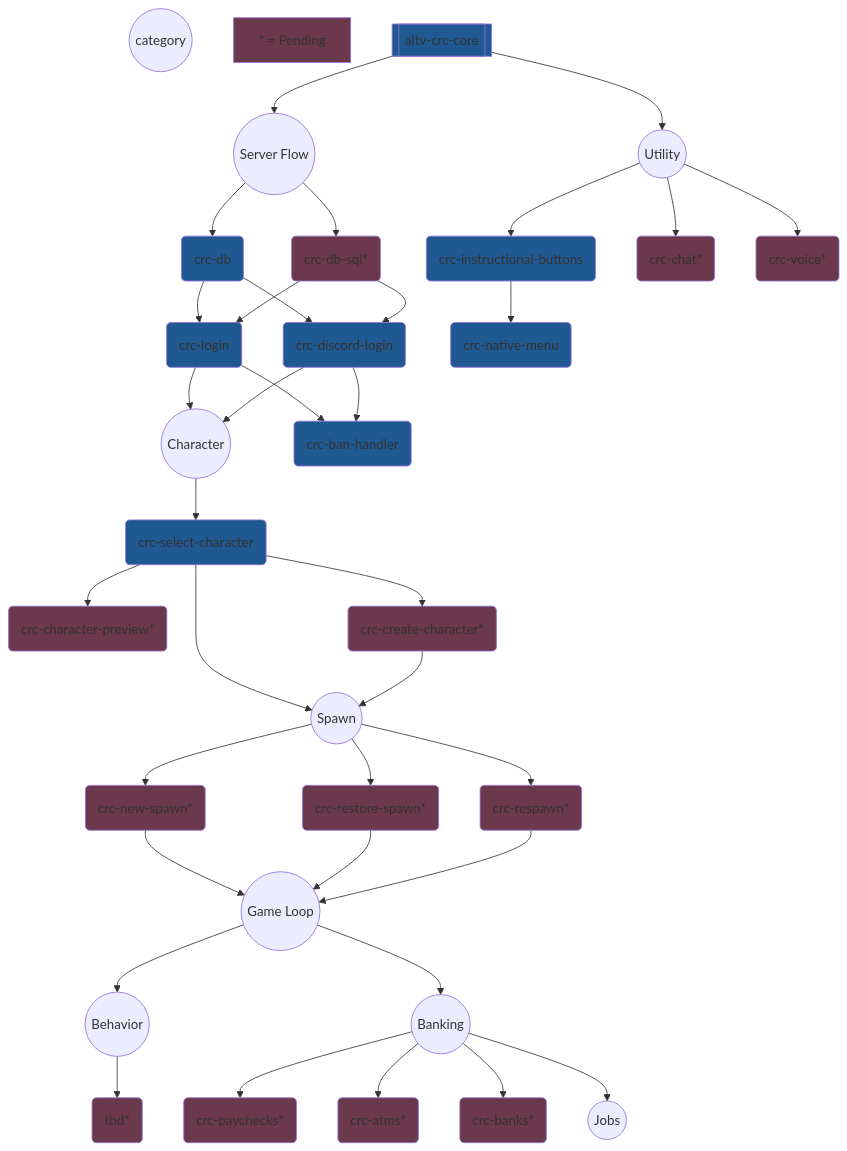
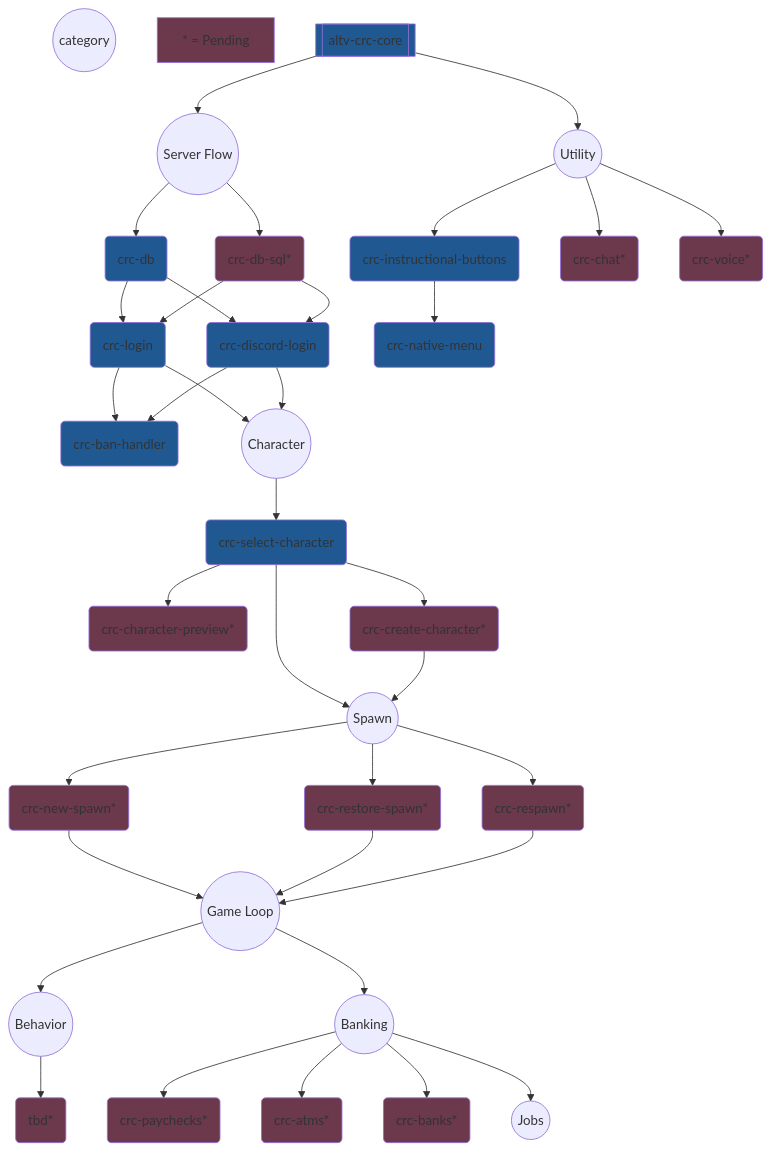
One commit to altv-crc/.github changed the diagram in profile/README.md. Above: the diagram before and after it, drawn with Mermaid.

````diff
--- a/profile/README.md
+++ b/profile/README.md
@@ -43,80 +43,81 @@
 ```mermaid
 graph TD
     classDef pending fill:#6b384c
     classDef ready fill:#205991
 
     category((category))
     not_created[* = Pending]:::pending
 
     %% Initial Category
     altv_crc_core[[altv-crc-core]]:::ready
     altv_crc_core --> cat_core
     altv_crc_core --> cat_utility
 
     %% Core
     cat_core((Server Flow))
     cat_core --> crc_db:::ready
     cat_core --> crc_db_sql
 
     %% Database
     crc_db(crc-db):::ready
     crc_db --> crc_login
     crc_db --> crc_discord_login
     crc_db_sql(crc-db-sql*):::pending
     crc_db_sql --> crc_login
     crc_db_sql --> crc_discord_login
 
     %% Authentication
     crc_login(crc-login):::ready
     crc_discord_login(crc-discord-login):::ready
+    crc_login --> crc_ban_handler(crc-ban-handler):::ready
+    crc_discord_login --> crc_ban_handler
     crc_login --> cat_character
     crc_discord_login --> cat_character
-    crc_login --> crc_ban_handler(crc-ban-handler):::ready
-    crc_discord_login --> crc_ban_handler
+    
 
     %% Character
     cat_character((Character))
     cat_character --> crc_char_select(crc-select-character):::ready
     crc_char_select --> crc_char_preview(crc-character-preview*):::pending
     crc_char_select --> crc_char_create(crc-create-character*):::pending
     crc_char_select --> cat_spawn
     crc_char_create --> cat_spawn
 
     %% Spawn
     cat_spawn((Spawn))
     cat_spawn --> crc_new_spawn(crc-new-spawn*):::pending
     cat_spawn --> crc_restore_spawn(crc-restore-spawn*):::pending
     cat_spawn --> crc_respawn(crc-respawn*):::pending
     crc_new_spawn --> cat_game_loop
     crc_restore_spawn --> cat_game_loop
     crc_respawn --> cat_game_loop
 
     %% Game Loop
     cat_game_loop((Game Loop))
     cat_game_loop --> cat_behavior
     cat_game_loop --> cat_banking
    
     %% Behavior
     cat_behavior((Behavior))
     cat_behavior --> tbd(tbd*):::pending
 
     %% Banking
     cat_banking((Banking))
     cat_banking --> crc_paychecks(crc-paychecks*):::pending
     cat_banking --> crc_atm(crc-atms*):::pending
     cat_banking --> crc_banks(crc-banks*):::pending
     cat_banking --> cat_jobs
 
     %% Jobs
     cat_jobs((Jobs))
 
     %% Utility
     cat_utility((Utility))
 
     cat_utility --> crc_instructional_buttons(crc-instructional-buttons):::ready
     crc_instructional_buttons --> crc_native_menu(crc-native-menu):::ready
 
     cat_utility --> crc_chat(crc-chat*):::pending
 
     cat_utility --> crc_voice(crc-voice*):::pending
 ```
````
